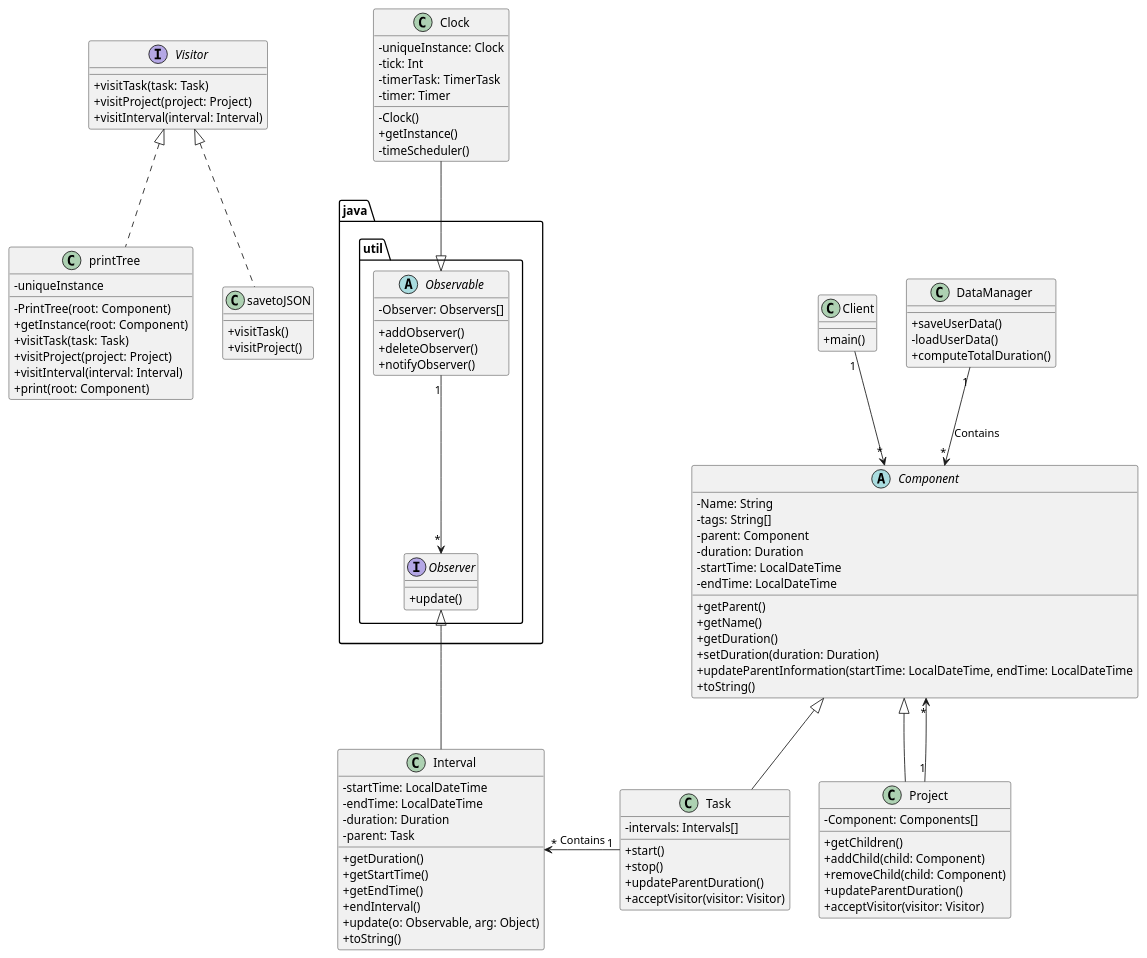
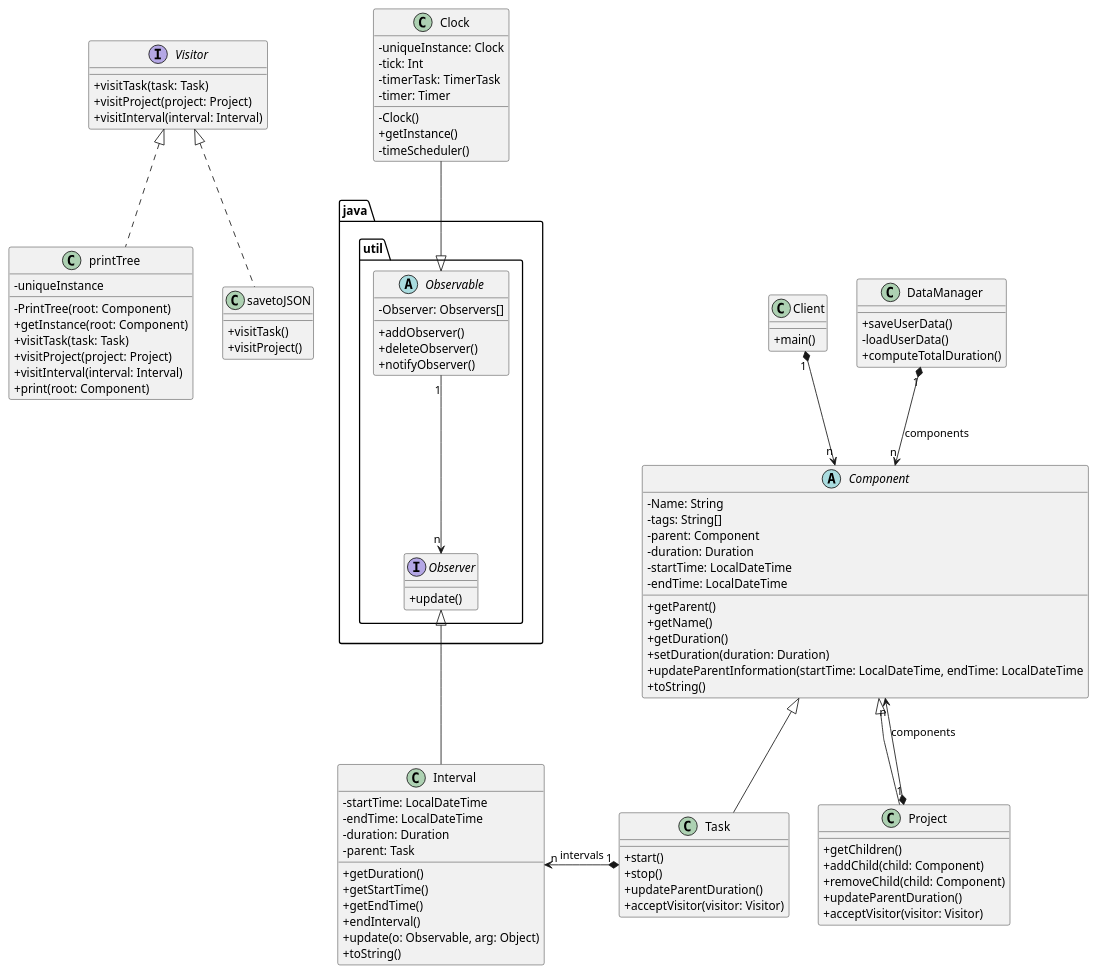
The diagram in Time_Tracker/DSTimeTracker.puml (quimcamprubi/DS_Time_Tracker), drawn with PlantUML before and after one commit.

Commit message:
Updated plantUML relations

```diff
--- a/Time_Tracker/DSTimeTracker.puml
+++ b/Time_Tracker/DSTimeTracker.puml
@@ -1,116 +1,114 @@
 @startuml 
 
 skinparam classAttributeIconSize 0
 skinparam linetype polyline
 
 abstract class Component {
 - Name: String
 - tags: String[]
 - parent: Component
 - duration: Duration
 - startTime: LocalDateTime
 - endTime: LocalDateTime
 + getParent()
 + getName()
 + getDuration()
 + setDuration(duration: Duration)
 + updateParentInformation(startTime: LocalDateTime, endTime: LocalDateTime
 + toString()
 }
 
 class Project extends Component {
-- Component: Components[]
 + getChildren()
 + addChild(child: Component)
 + removeChild(child: Component)
 + updateParentDuration()
 + acceptVisitor(visitor: Visitor)
 }
 
 class Task extends Component {
-- intervals: Intervals[]
 + start()
 + stop()
 + updateParentDuration()
 + acceptVisitor(visitor: Visitor)
 }
 
 Interface Visitor{
 + visitTask(task: Task)
 + visitProject(project: Project)
 + visitInterval(interval: Interval)
 }
 
 class printTree {
 - uniqueInstance
 - PrintTree(root: Component)
 + getInstance(root: Component)
 + visitTask(task: Task)
 + visitProject(project: Project)
 + visitInterval(interval: Interval)
 + print(root: Component)
 }
 
 class savetoJSON {
 + visitTask()
 + visitProject()
 }
 
 class Interval{
 - startTime: LocalDateTime
 - endTime: LocalDateTime
 - duration: Duration
 - parent: Task
 + getDuration()
 + getStartTime()
 + getEndTime()
 + endInterval()
 + update(o: Observable, arg: Object)
 + toString()
 }
 
 package java.util <<Folder>> {
     Interface Observer{
     + update()
     }
 
     abstract class Observable {
     - Observer: Observers[]
     + addObserver()
     + deleteObserver()
     + notifyObserver()
     }
 }
 
 class Clock {
 - uniqueInstance: Clock
 - tick: Int
 - timerTask: TimerTask
 - timer: Timer
 - Clock()
 + getInstance()
 - timeScheduler()
 }
 
 class Client {
 + main()
 }
 
 class DataManager {
 + saveUserData()
 - loadUserData()
 + computeTotalDuration()
 }
 
-DataManager "1" -down-> "*" Component: Contains
-Project "1" -up-> "*" Component
-Client "1" -down-> "*" Component
-Task "1" -left-> "*" Interval:Contains
+DataManager "1" *-down-> "n" Component: components
+Project "1" *-up-> "n" Component: components
+Client "1" *-down-> "n" Component
+Task "1" *-left-> "n" Interval: intervals
 Clock -down-|> Observable
-Observable "1" -Down-> "*" Observer
+Observable "1" -Down-> "n" Observer
 Interval -up-|> Observer
 Task -[hidden]right-> Project
 printTree .up.|> Visitor
 savetoJSON .up.|> Visitor
 
 @enduml
```
